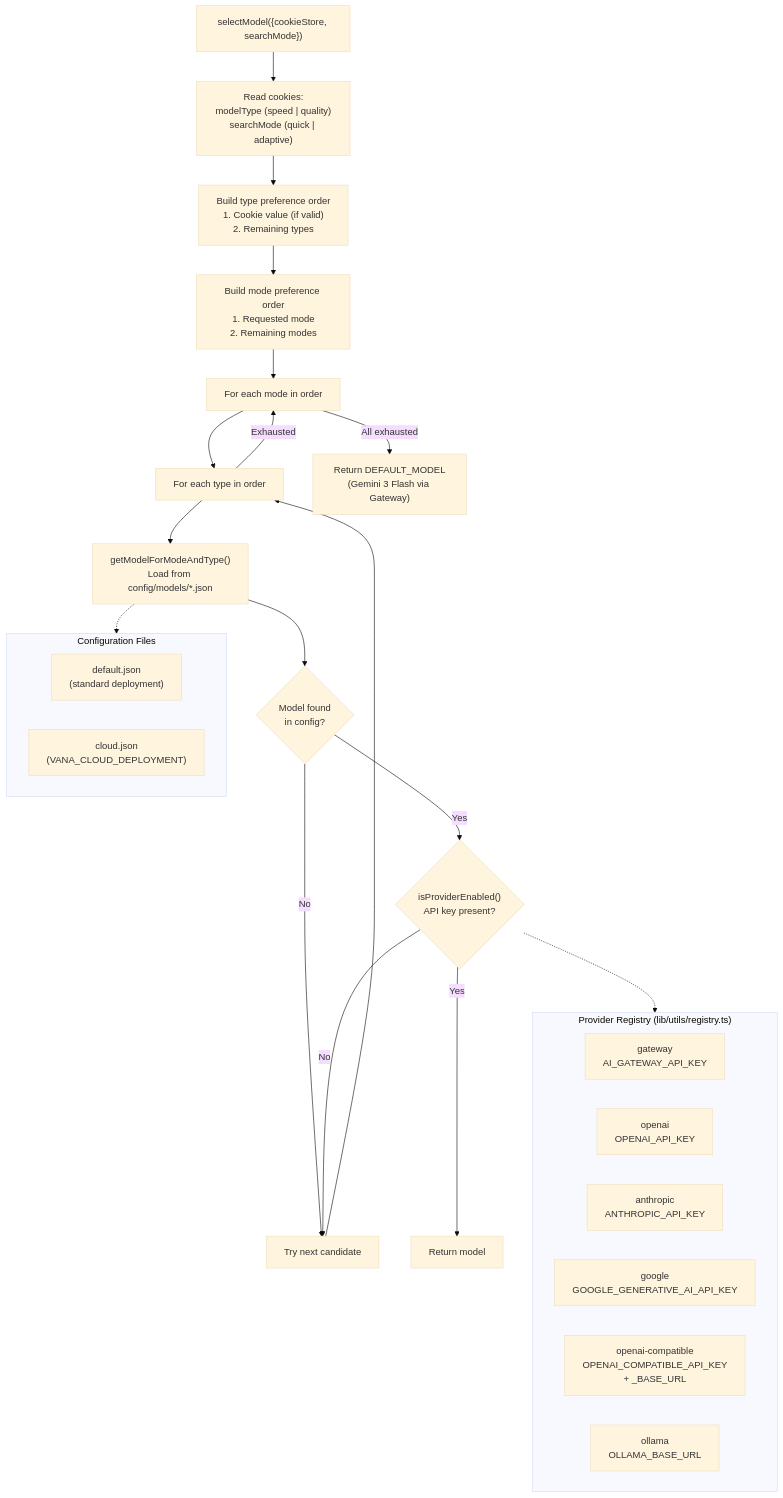
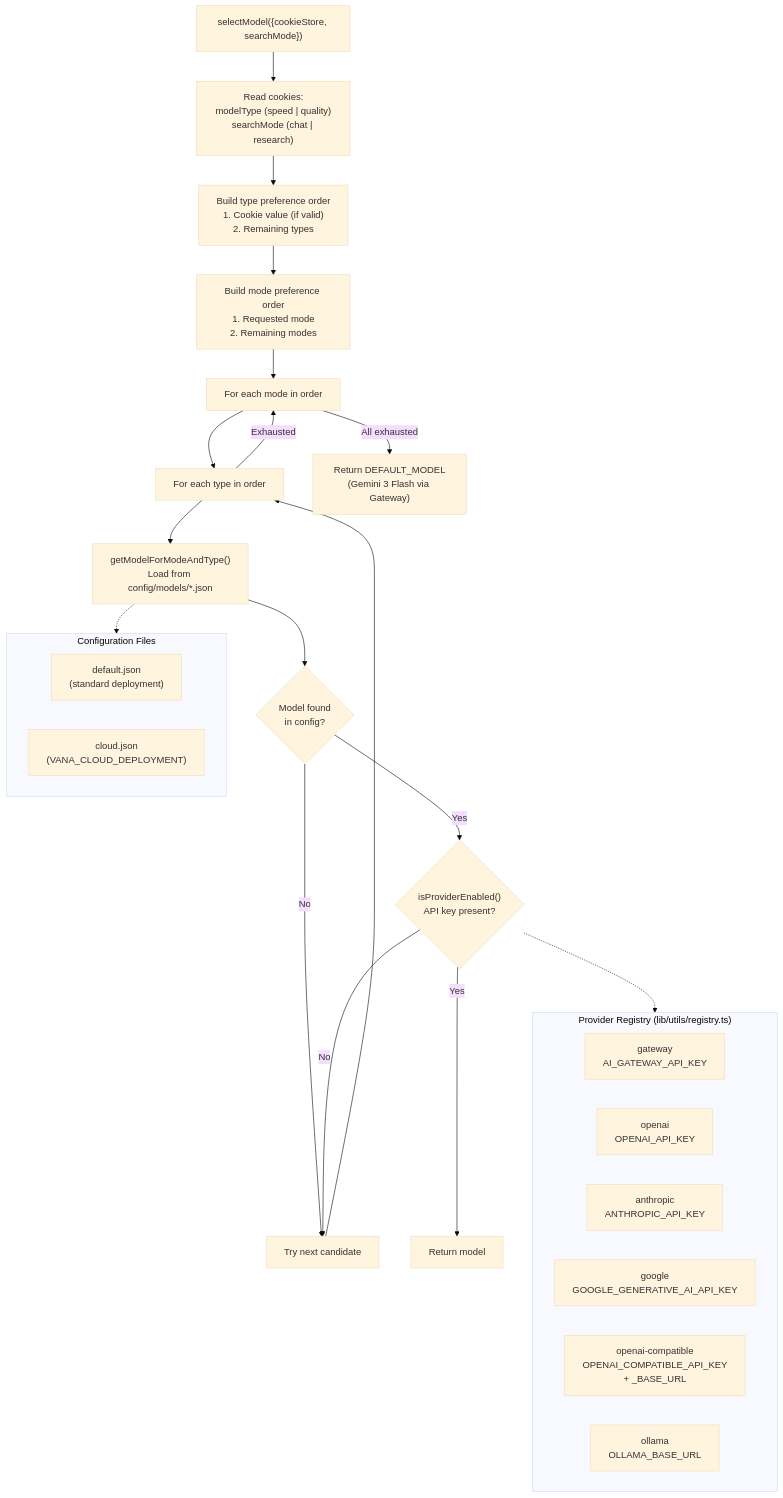
Before and after one commit to NickB03/polymorph: the eighth of 10 diagrams in docs/ARCHITECTURE.md, drawn with Mermaid (base theme). The commit also changed other lines of this file and 24 other files, not shown here.

First line of the commit message:
feat: rename search modes from Quick/Adaptive to Chat/Research Agent

````diff
--- a/docs/ARCHITECTURE.md
+++ b/docs/ARCHITECTURE.md
@@ -538,44 +538,44 @@
 ```mermaid
 flowchart TD
     Start["selectModel({cookieStore, searchMode})"]
-    ReadCookies["Read cookies:<br/>modelType (speed | quality)<br/>searchMode (quick | adaptive)"]
+    ReadCookies["Read cookies:<br/>modelType (speed | quality)<br/>searchMode (chat | research)"]
     BuildTypeOrder["Build type preference order<br/>1. Cookie value (if valid)<br/>2. Remaining types"]
     BuildModeOrder["Build mode preference order<br/>1. Requested mode<br/>2. Remaining modes"]
 
     LoopModes["For each mode in order"]
     LoopTypes["For each type in order"]
     LoadConfig["getModelForModeAndType()<br/>Load from config/models/*.json"]
     ConfigFound{"Model found<br/>in config?"}
     ProviderEnabled{"isProviderEnabled()<br/>API key present?"}
     ReturnModel["Return model"]
     NextCandidate["Try next candidate"]
     DefaultModel["Return DEFAULT_MODEL<br/>(Gemini 3 Flash via Gateway)"]
 
     subgraph ConfigFiles["Configuration Files"]
         DefaultJSON["default.json<br/>(standard deployment)"]
         CloudJSON["cloud.json<br/>(VANA_CLOUD_DEPLOYMENT)"]
     end
 
     subgraph Providers["Provider Registry (lib/utils/registry.ts)"]
         Gateway["gateway<br/>AI_GATEWAY_API_KEY"]
         OpenAI["openai<br/>OPENAI_API_KEY"]
         Anthropic["anthropic<br/>ANTHROPIC_API_KEY"]
         Google["google<br/>GOOGLE_GENERATIVE_AI_API_KEY"]
         OpenAICompat["openai-compatible<br/>OPENAI_COMPATIBLE_API_KEY<br/>+ _BASE_URL"]
         Ollama["ollama<br/>OLLAMA_BASE_URL"]
     end
 
     Start --> ReadCookies --> BuildTypeOrder --> BuildModeOrder
     BuildModeOrder --> LoopModes --> LoopTypes
     LoopTypes --> LoadConfig --> ConfigFound
     ConfigFound -->|No| NextCandidate
     ConfigFound -->|Yes| ProviderEnabled
     ProviderEnabled -->|No| NextCandidate
     ProviderEnabled -->|Yes| ReturnModel
     NextCandidate --> LoopTypes
     LoopTypes -->|"Exhausted"| LoopModes
     LoopModes -->|"All exhausted"| DefaultModel
 
     LoadConfig -.-> ConfigFiles
     ProviderEnabled -.-> Providers
 ```
````
